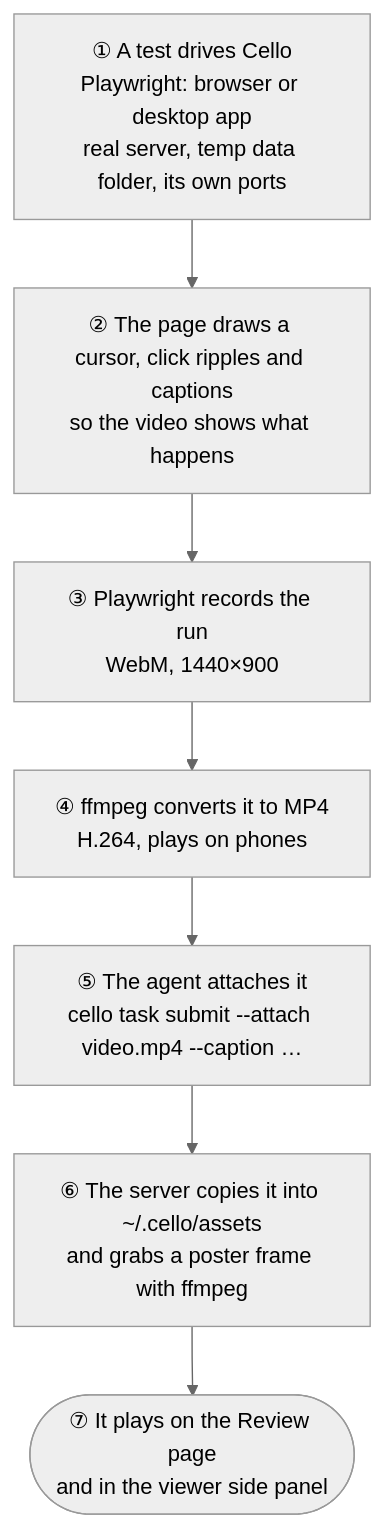
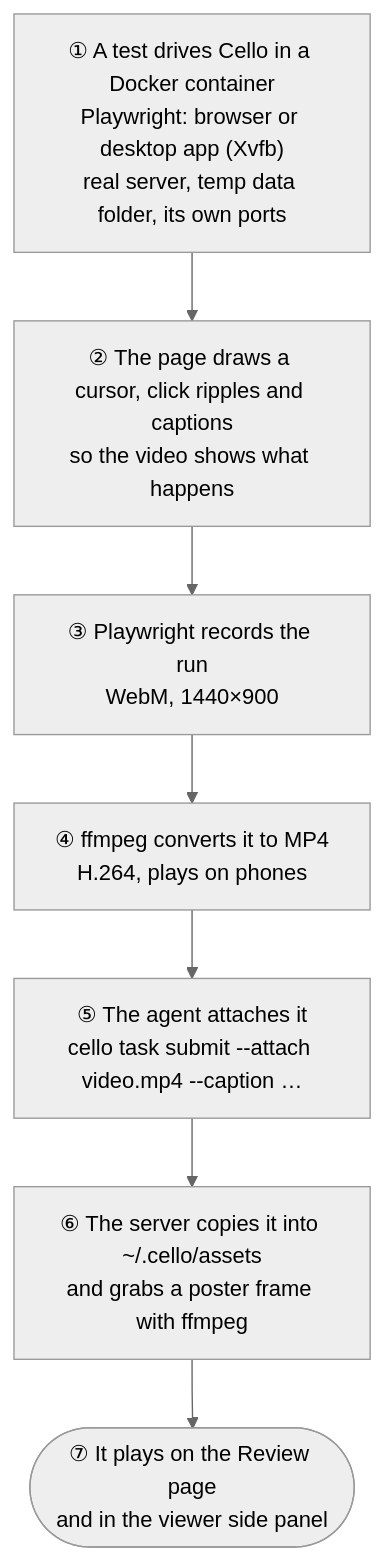
Before and after one commit to lnmunhoz/cello: the diagram in docs/evidence-videos.md, drawn with Mermaid (neutral theme). The commit also changed other lines of this file and 2 other files, not shown here.

First line of the commit message:
docs: UI is tested in Docker first, the desktop app never on Lucas's screen (CEL-29)

````diff
--- a/docs/evidence-videos.md
+++ b/docs/evidence-videos.md
@@ -10,9 +10,9 @@
 ```mermaid
 flowchart TD
-    A["① A test drives Cello<br/>Playwright: browser or desktop app<br/>real server, temp data folder, its own ports"] --> B["② The page draws a cursor, click ripples and captions<br/>so the video shows what happens"]
+    A["① A test drives Cello in a Docker container<br/>Playwright: browser or desktop app (Xvfb)<br/>real server, temp data folder, its own ports"] --> B["② The page draws a cursor, click ripples and captions<br/>so the video shows what happens"]
     B --> C["③ Playwright records the run<br/>WebM, 1440×900"]
     C --> D["④ ffmpeg converts it to MP4<br/>H.264, plays on phones"]
     D --> E["⑤ The agent attaches it<br/>cello task submit --attach video.mp4 --caption …"]
     E --> F["⑥ The server copies it into ~/.cello/assets<br/>and grabs a poster frame with ffmpeg"]
     F --> G(["⑦ It plays on the Review page<br/>and in the viewer side panel"])
 ```
````
